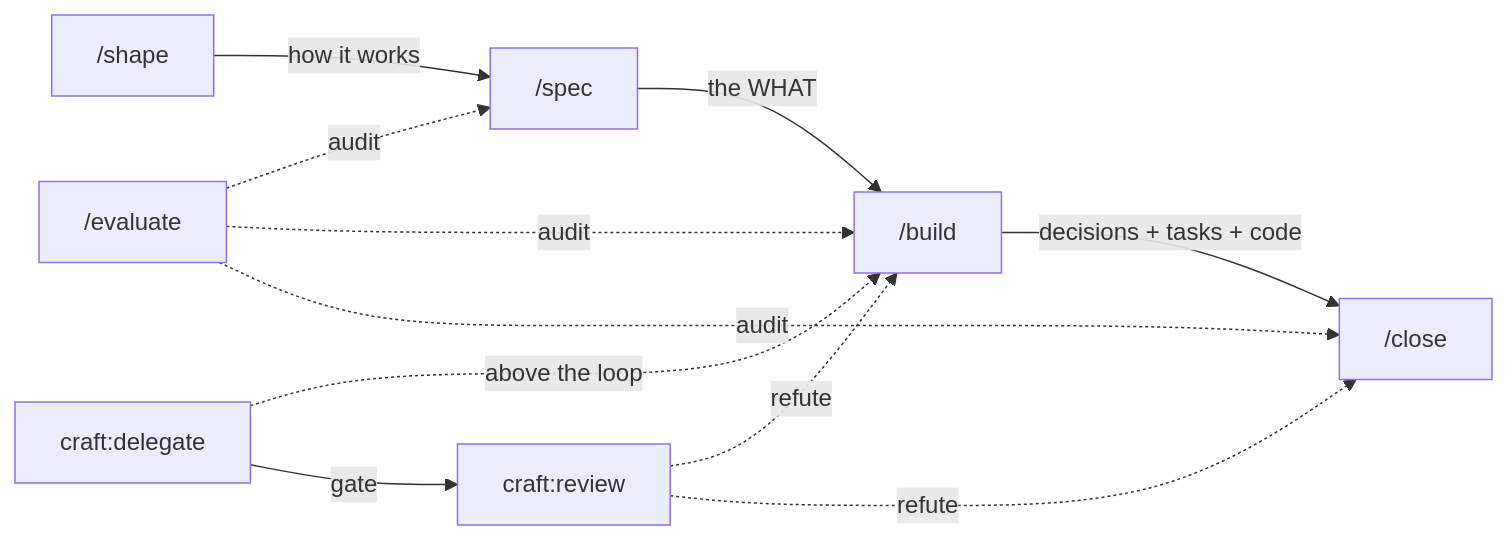
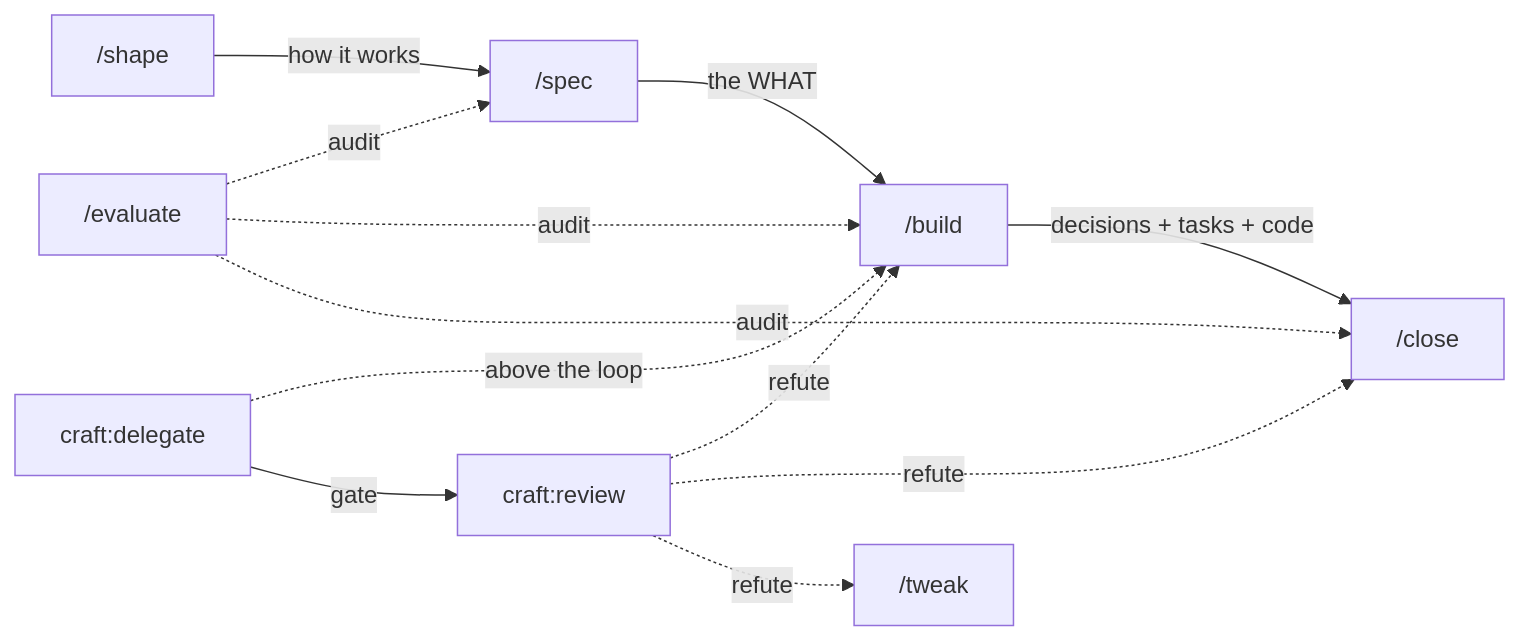
One commit to juanwmedia/craft changed the diagram in README.md. Above: the diagram before and after it, drawn with Mermaid. The commit also changed other lines of this file and 5 other files, not shown here.

````diff
--- a/README.md
+++ b/README.md
@@ -27,13 +27,14 @@
 ```mermaid
 graph LR
     X["/shape"] -->|how it works| S["/spec"]
     S -->|the WHAT| B["/build"]
     B -->|decisions + tasks + code| C["/close"]
     E["/evaluate"] -.->|audit| S
     E -.->|audit| B
     E -.->|audit| C
     R["craft:review"] -.->|refute| B
     R -.->|refute| C
     D["craft:delegate"] -.->|above the loop| B
+    R -.->|refute| T["/tweak"]
     D -->|gate| R
 ```
````
